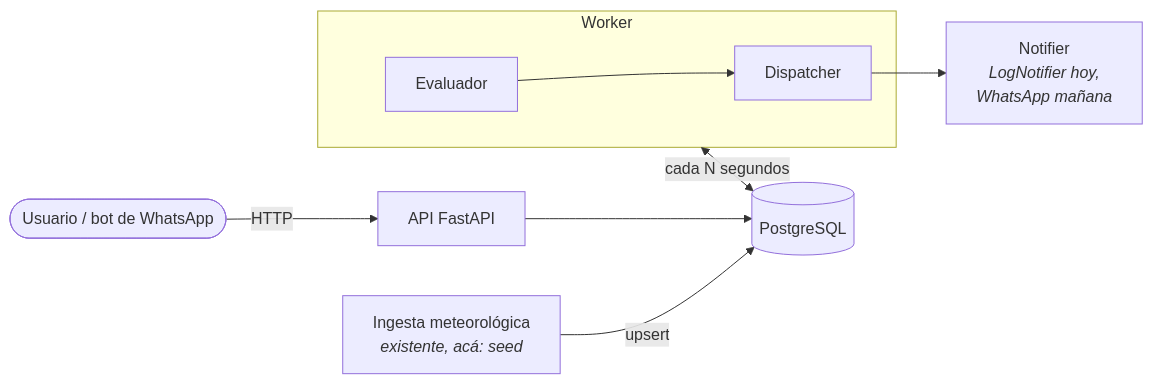
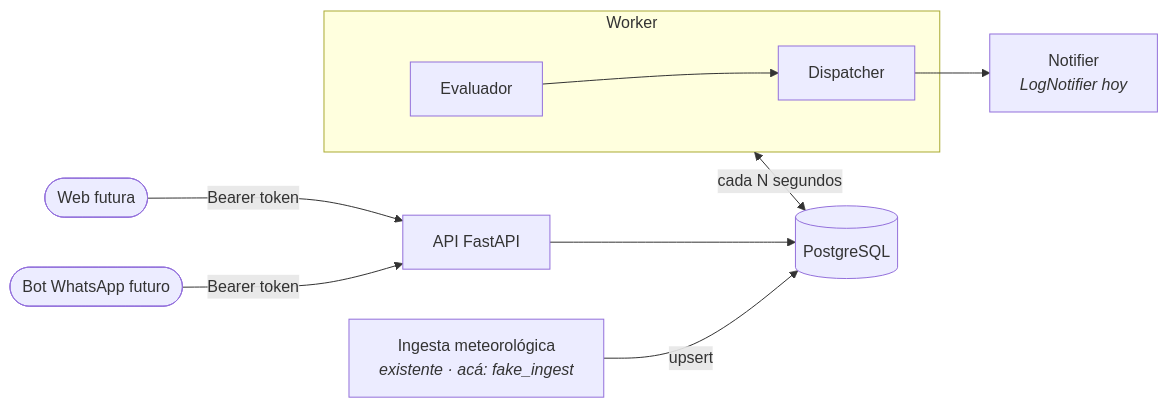
One commit to MolinaFranco/weather-alerts changed the first of 5 diagrams in docs/plan.md. Above: the diagram before and after it, drawn with Mermaid. The commit also changed other lines of this file, not shown here.

````diff
--- a/docs/plan.md
+++ b/docs/plan.md
@@ -36,11 +49,12 @@
 ```mermaid
 flowchart LR
-    U([Usuario / bot de WhatsApp]) -->|HTTP| API[API FastAPI]
+    WEB([Web futura]) -->|Bearer token| API[API FastAPI]
+    BOT([Bot WhatsApp futuro]) -->|Bearer token| API
     API --> DB[(PostgreSQL)]
-    ING[Ingesta meteorológica<br/><i>existente, acá: seed</i>] -->|upsert| DB
+    ING[Ingesta meteorológica<br/><i>existente · acá: fake_ingest</i>] -->|upsert| DB
     subgraph W[Worker]
         EV[Evaluador] --> DS[Dispatcher]
     end
     W <-->|cada N segundos| DB
-    DS --> N[Notifier<br/><i>LogNotifier hoy,<br/>WhatsApp mañana</i>]
+    DS --> N[Notifier<br/><i>LogNotifier hoy</i>]
 ```
````
